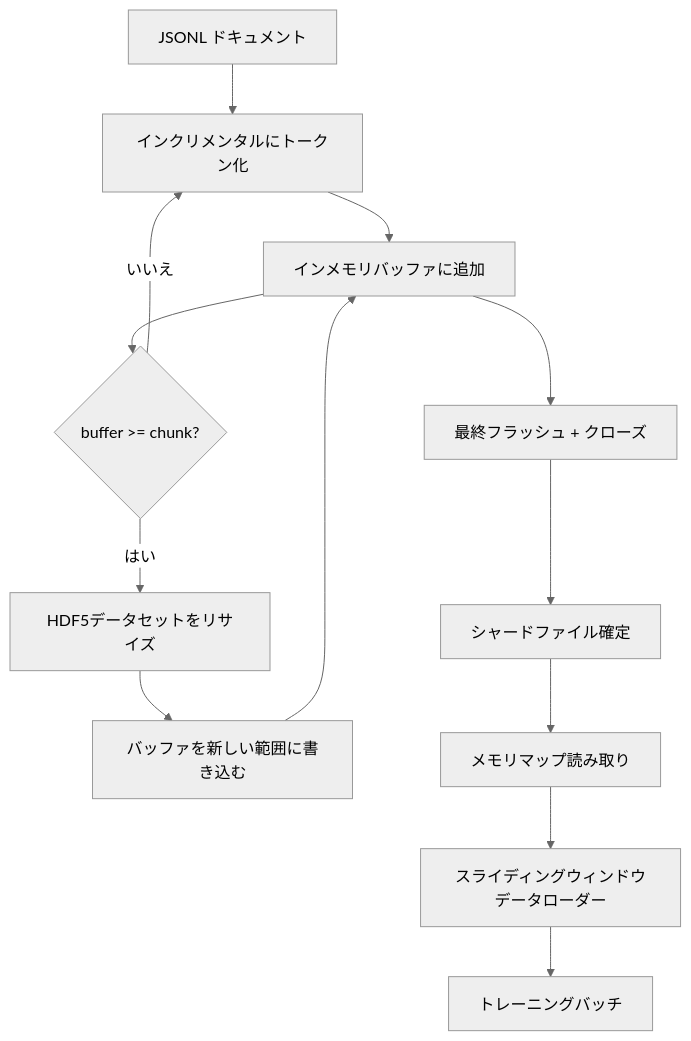
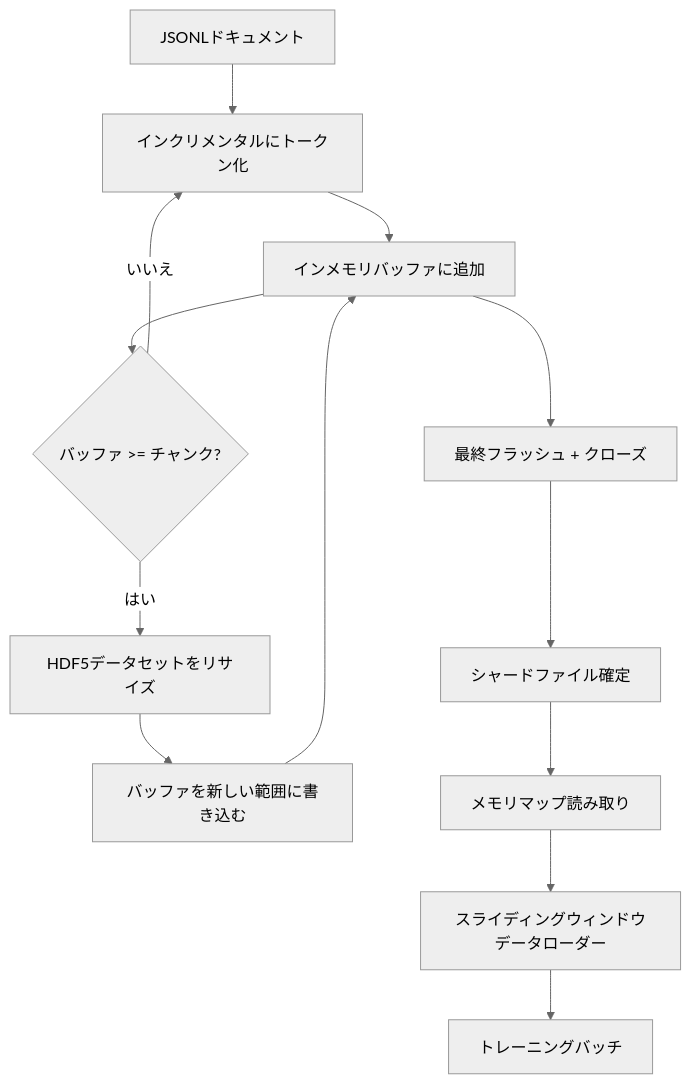
Before and after one commit to shoshoshomen/synapse-academy: the diagram in content/phases/19-capstone-projects/43-hdf5-tokenized-corpus/lesson.ja.md, drawn with Mermaid (neutral theme). The commit also changed 124 other files, not shown here.

First line of the commit message:
feat(i18n): mermaid図のラベルを日本語化(194レッスン/374図)

````diff
--- a/content/phases/19-capstone-projects/43-hdf5-tokenized-corpus/lesson.ja.md
+++ b/content/phases/19-capstone-projects/43-hdf5-tokenized-corpus/lesson.ja.md
@@ -23,15 +23,15 @@
 ```mermaid
 flowchart TD
-  JSONL[JSONL ドキュメント] --> Tokenize[インクリメンタルにトークン化]
-  Tokenize --> Buffer[インメモリバッファに追加]
-  Buffer --> Flush{buffer >= chunk?}
-  Flush -- いいえ --> Tokenize
-  Flush -- はい --> Resize[HDF5データセットをリサイズ]
-  Resize --> Write[バッファを新しい範囲に書き込む]
+  JSONL["JSONLドキュメント"] --> Tokenize["インクリメンタルにトークン化"]
+  Tokenize --> Buffer["インメモリバッファに追加"]
+  Buffer --> Flush{"バッファ >= チャンク?"}
+  Flush -- "いいえ" --> Tokenize
+  Flush -- "はい" --> Resize["HDF5データセットをリサイズ"]
+  Resize --> Write["バッファを新しい範囲に書き込む"]
   Write --> Buffer
-  Buffer --> Close[最終フラッシュ + クローズ]
-  Close --> ShardDone[シャードファイル確定]
-  ShardDone --> MMapRead[メモリマップ読み取り]
-  MMapRead --> Window[スライディングウィンドウデータローダー]
-  Window --> Train[トレーニングバッチ]
+  Buffer --> Close["最終フラッシュ + クローズ"]
+  Close --> ShardDone["シャードファイル確定"]
+  ShardDone --> MMapRead["メモリマップ読み取り"]
+  MMapRead --> Window["スライディングウィンドウデータローダー"]
+  Window --> Train["トレーニングバッチ"]
 ```
````
